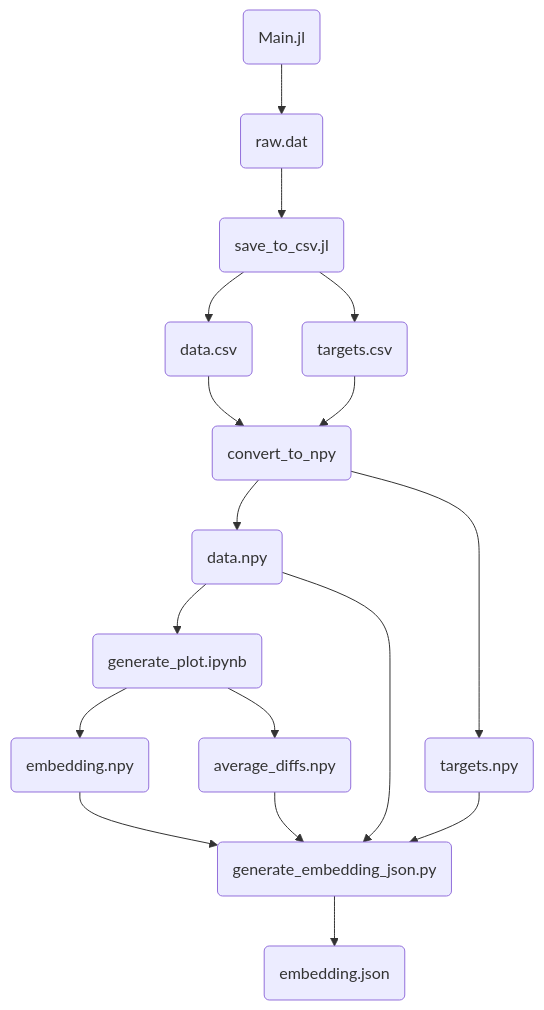
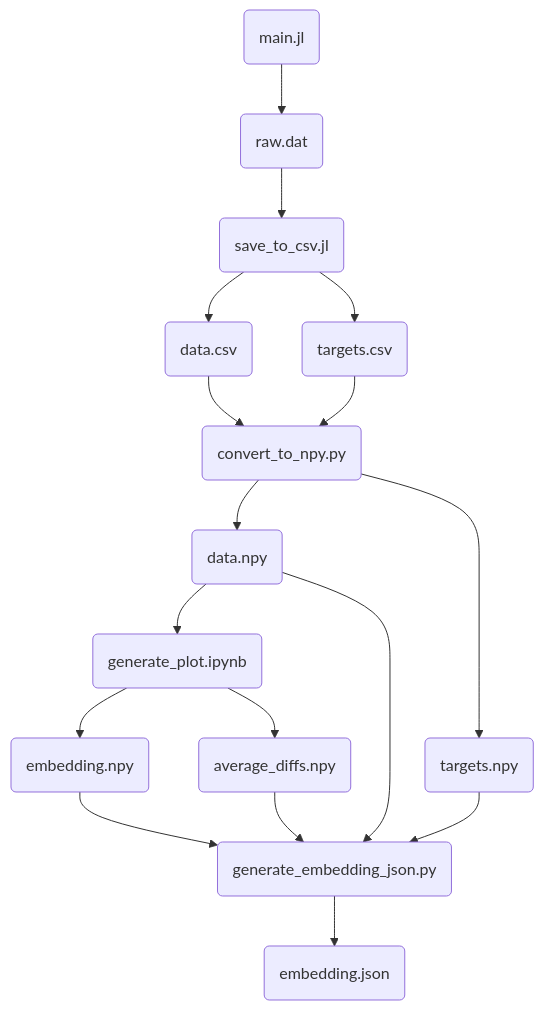
Before and after one commit to kylehovey/turing-basins-julia: the diagram in readme.md, drawn with Mermaid. The commit also changed 1 other file, not shown here.

Commit message:
Updated readme and removed redundant import

````diff
--- a/readme.md
+++ b/readme.md
@@ -11,47 +11,47 @@
 ```mermaid
 flowchart TD
-  Main(Main.jl)
+  Main(main.jl)
 
   SaveToCSV(save_to_csv.jl)
-  ConvertToNp(convert_to_npy)
+  ConvertToNp(convert_to_npy.py)
   GenerateEmbedding(generate_plot.ipynb)
   GenerateJson(generate_embedding_json.py)
   
   RawData(raw.dat)
 
   DataFileJl(data.csv)
   RulesFileJl(targets.csv)
   
   DataFileNp(data.npy)
   RulesFileNp(targets.npy)
   
   EmbeddingFile(embedding.npy)
   AverageDiffs(average_diffs.npy)
   
   JsonEmbedding(embedding.json)
 
   Main --> RawData
   
   RawData --> SaveToCSV
 
   SaveToCSV --> DataFileJl
   SaveToCSV --> RulesFileJl
 
   DataFileJl --> ConvertToNp
   RulesFileJl --> ConvertToNp
 
   ConvertToNp --> DataFileNp
   ConvertToNp --> RulesFileNp
 
   DataFileNp --> GenerateEmbedding
 
   GenerateEmbedding --> EmbeddingFile
   GenerateEmbedding --> AverageDiffs
 
   EmbeddingFile --> GenerateJson
   AverageDiffs --> GenerateJson
   DataFileNp --> GenerateJson
   RulesFileNp --> GenerateJson
 
   GenerateJson --> JsonEmbedding
 ```
````
